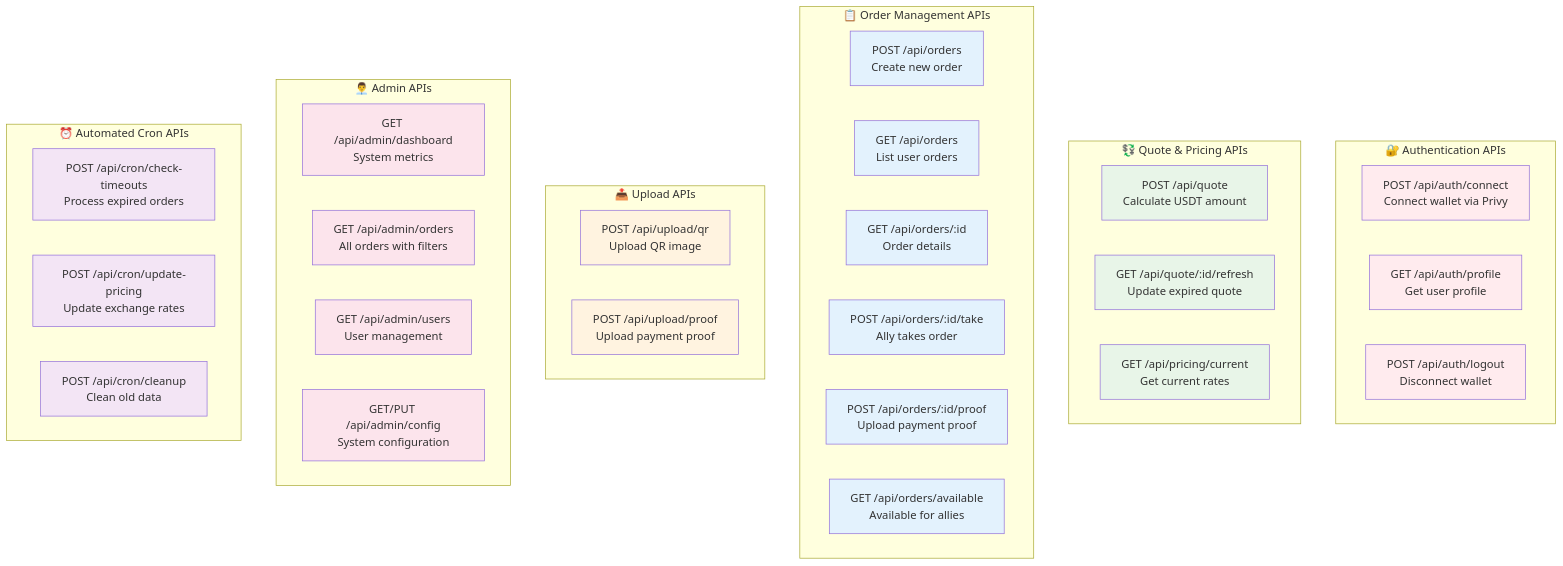
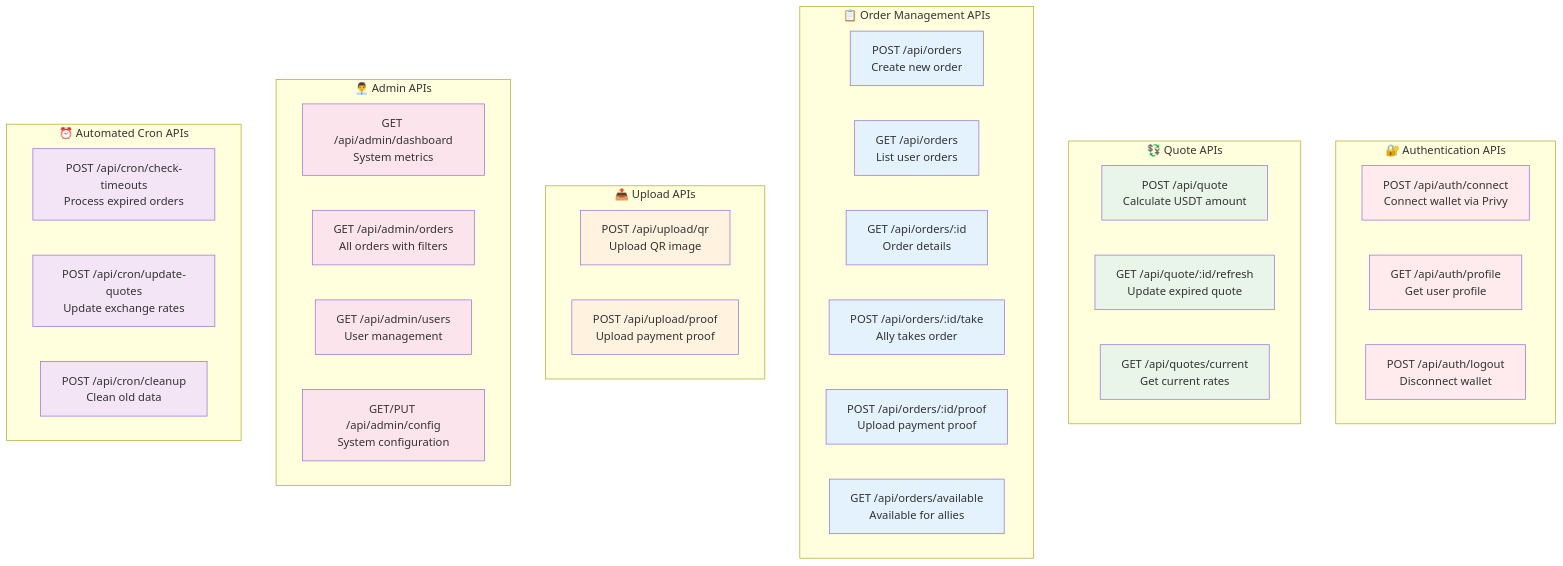
The fifth of 5 diagrams in 01-arquitectura-sistema.md (kibo-project/Kibo-Wiki), drawn with Mermaid before and after one commit. The commit also changed other lines of this file and 6 other files, not shown here.

````diff
--- a/01-arquitectura-sistema.md
+++ b/01-arquitectura-sistema.md
@@ -280,56 +280,56 @@
 ```mermaid
 graph TB
     subgraph "🔐 Authentication APIs"
         AUTH_CONNECT[POST /api/auth/connect\nConnect wallet via Privy]
         AUTH_PROFILE[GET /api/auth/profile\nGet user profile]
         AUTH_LOGOUT[POST /api/auth/logout\nDisconnect wallet]
     end
     
-    subgraph "💱 Quote & Pricing APIs"
+    subgraph "💱 Quote APIs"
         QUOTE_CREATE[POST /api/quote\nCalculate USDT amount]
         QUOTE_REFRESH[GET /api/quote/:id/refresh\nUpdate expired quote]
-        PRICING_CURRENT[GET /api/pricing/current\nGet current rates]
+        QUOTES_CURRENT[GET /api/quotes/current\nGet current rates]
     end
     
     subgraph "📋 Order Management APIs"
         ORDER_CREATE[POST /api/orders\nCreate new order]
         ORDER_LIST[GET /api/orders\nList user orders]
         ORDER_DETAIL[GET /api/orders/:id\nOrder details]
         ORDER_TAKE[POST /api/orders/:id/take\nAlly takes order]
         ORDER_PROOF[POST /api/orders/:id/proof\nUpload payment proof]
         ORDER_AVAILABLE[GET /api/orders/available\nAvailable for allies]
     end
     
     subgraph "📤 Upload APIs"
         UPLOAD_QR[POST /api/upload/qr\nUpload QR image]
         UPLOAD_PROOF[POST /api/upload/proof\nUpload payment proof]
     end
     
     subgraph "👨‍💼 Admin APIs"
         ADMIN_DASHBOARD[GET /api/admin/dashboard\nSystem metrics]
         ADMIN_ORDERS[GET /api/admin/orders\nAll orders with filters]
         ADMIN_USERS[GET /api/admin/users\nUser management]
         ADMIN_CONFIG[GET/PUT /api/admin/config\nSystem configuration]
     end
     
     subgraph "⏰ Automated Cron APIs"
         CRON_TIMEOUTS[POST /api/cron/check-timeouts\nProcess expired orders]
-        CRON_PRICING[POST /api/cron/update-pricing\nUpdate exchange rates]
+        CRON_QUOTES[POST /api/cron/update-quotes\nUpdate exchange rates]
         CRON_CLEANUP[POST /api/cron/cleanup\nClean old data]
     end
 
     %% Styles by category
     classDef auth fill:#ffebee
     classDef quote fill:#e8f5e8
     classDef order fill:#e3f2fd
     classDef upload fill:#fff3e0
     classDef admin fill:#fce4ec
     classDef cron fill:#f3e5f5
     
     class AUTH_CONNECT,AUTH_PROFILE,AUTH_LOGOUT auth
-    class QUOTE_CREATE,QUOTE_REFRESH,PRICING_CURRENT quote
+    class QUOTE_CREATE,QUOTE_REFRESH,QUOTES_CURRENT quote
     class ORDER_CREATE,ORDER_LIST,ORDER_DETAIL,ORDER_TAKE,ORDER_PROOF,ORDER_AVAILABLE order
     class UPLOAD_QR,UPLOAD_PROOF upload
     class ADMIN_DASHBOARD,ADMIN_ORDERS,ADMIN_USERS,ADMIN_CONFIG admin
-    class CRON_TIMEOUTS,CRON_PRICING,CRON_CLEANUP cron
+    class CRON_TIMEOUTS,CRON_QUOTES,CRON_CLEANUP cron
 ```
````
